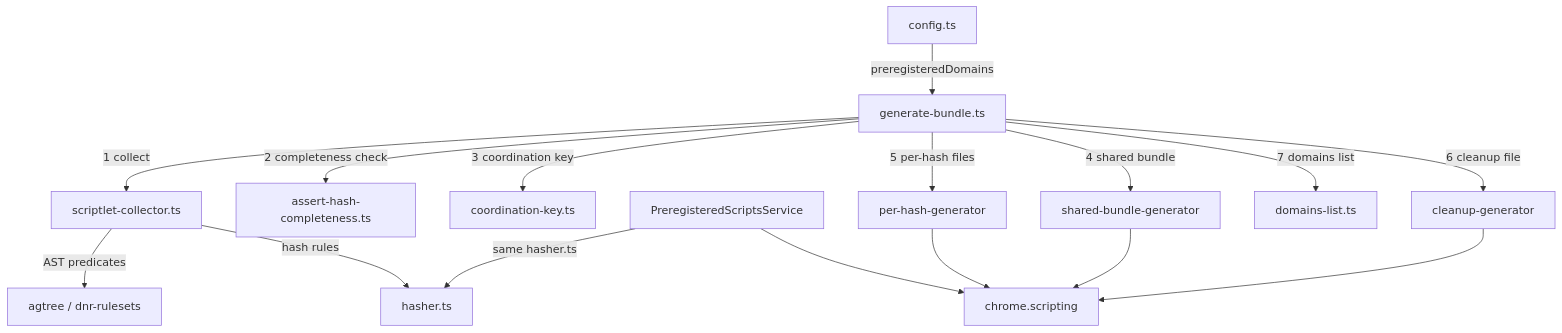
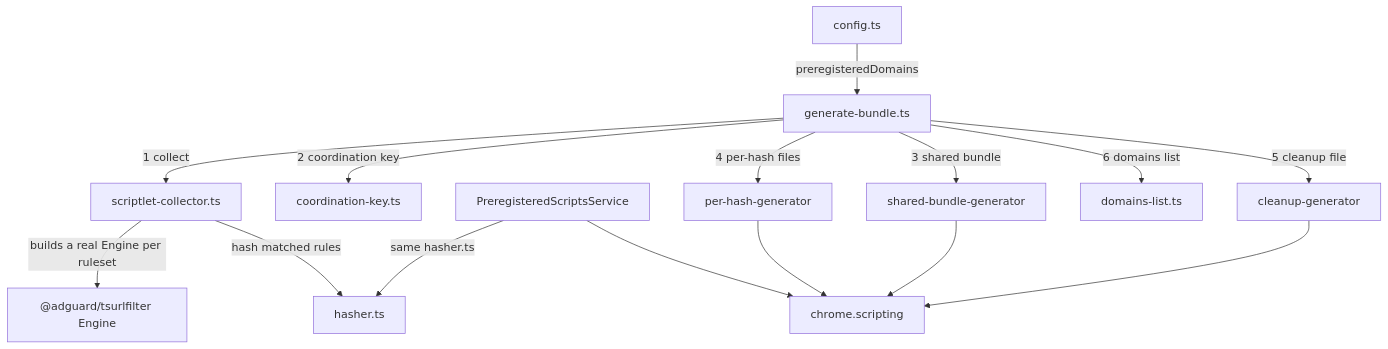
Before and after one commit to AdguardTeam/AdguardBrowserExtension: the diagram in tools/resources/preregistered-scripts/README.md, drawn with Mermaid. The commit also changed other lines of this file and 8 other files, not shown here.

````diff
--- a/tools/resources/preregistered-scripts/README.md
+++ b/tools/resources/preregistered-scripts/README.md
@@ -10,18 +10,17 @@
 ```mermaid
 flowchart TD
     CFG[config.ts] -->|preregisteredDomains| GEN[generate-bundle.ts]
     GEN -->|1 collect| SC[scriptlet-collector.ts]
-    SC -->|AST predicates| AG[agtree / dnr-rulesets]
-    SC -->|hash rules| HASH[hasher.ts]
-    GEN -->|2 completeness check| AHC[assert-hash-completeness.ts]
-    GEN -->|3 coordination key| CK[coordination-key.ts]
-    GEN -->|4 shared bundle| SB[shared-bundle-generator]
-    GEN -->|5 per-hash files| PH[per-hash-generator]
-    GEN -->|6 cleanup file| CL[cleanup-generator]
-    GEN -->|7 domains list| DL[domains-list.ts]
+    SC -->|builds a real Engine per ruleset| TSURL["@adguard/tsurlfilter Engine"]
+    SC -->|hash matched rules| HASH[hasher.ts]
+    GEN -->|2 coordination key| CK[coordination-key.ts]
+    GEN -->|3 shared bundle| SB[shared-bundle-generator]
+    GEN -->|4 per-hash files| PH[per-hash-generator]
+    GEN -->|5 cleanup file| CL[cleanup-generator]
+    GEN -->|6 domains list| DL[domains-list.ts]
     RT[PreregisteredScriptsService] -->|same hasher.ts| HASH
     RT --> CP[chrome.scripting]
     PH --> CP
     SB --> CP
     CL --> CP
 ```
````
